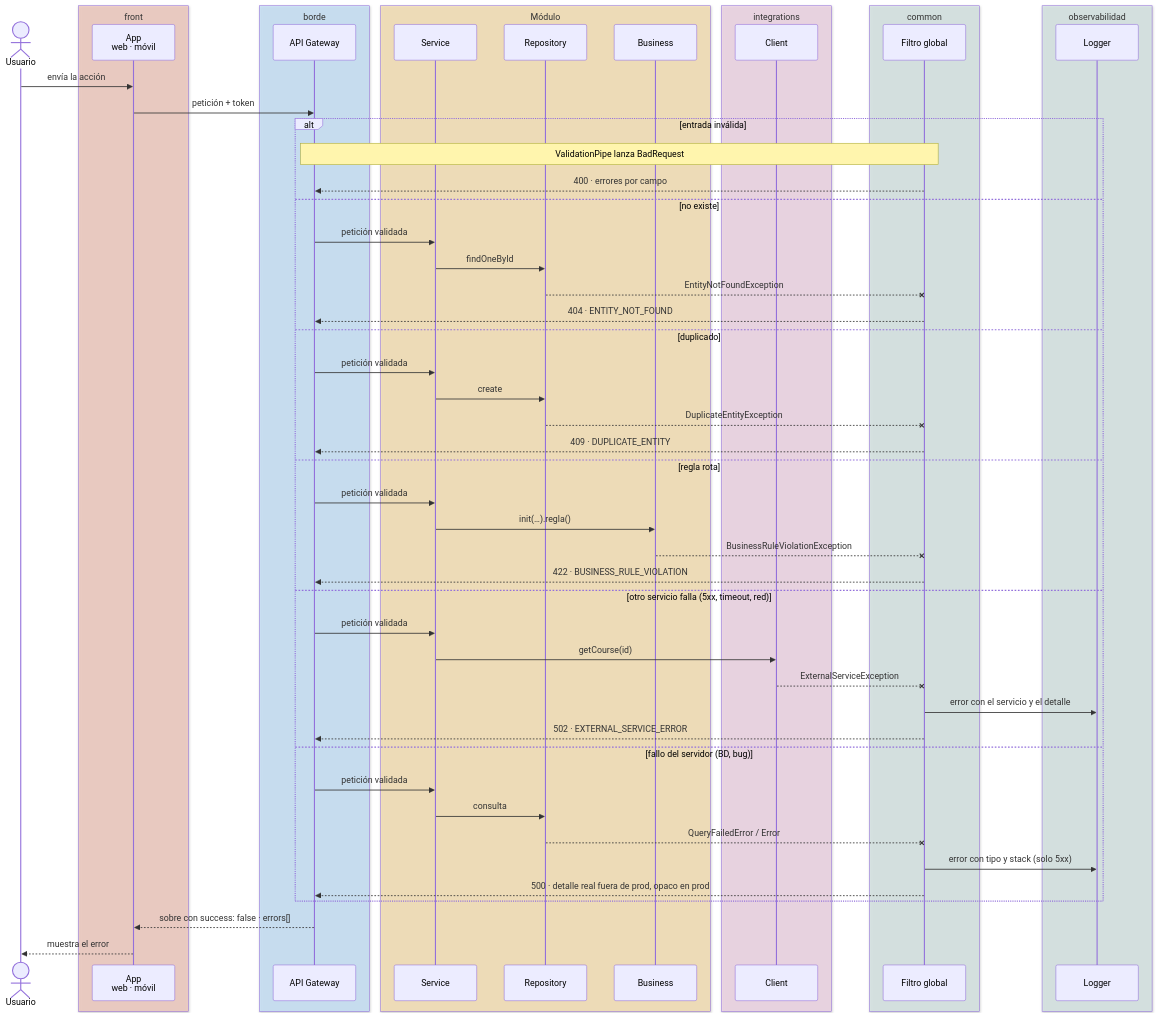
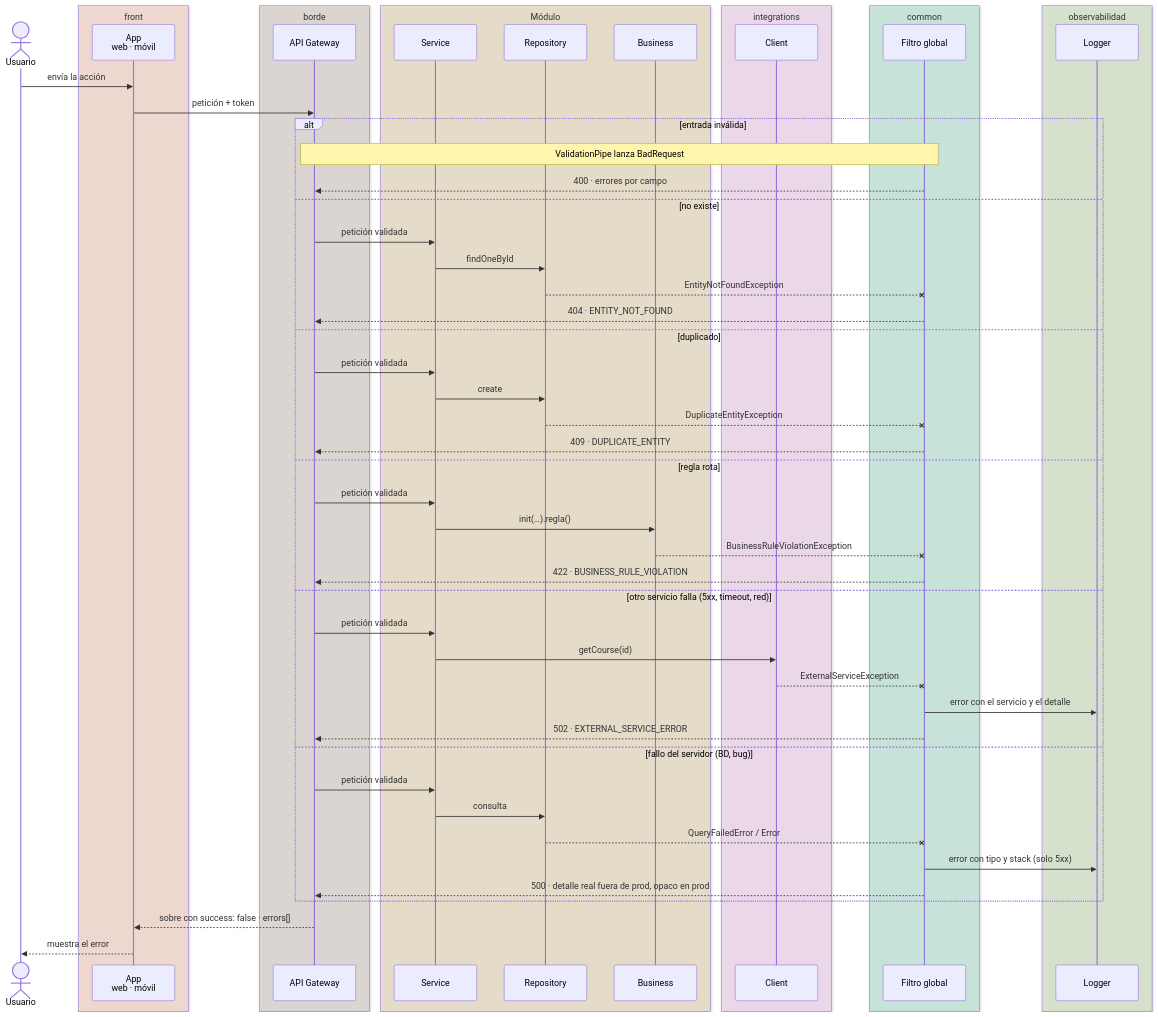
One commit to pcarroza91/nest-template changed the ninth of 15 diagrams in docs/architecture/modular-microservice.md. Above: the diagram before and after it, drawn with Mermaid. The commit also changed other lines of this file and 2 other files, not shown here.

First line of the commit message:
docs(architecture): colores por capa y componente en los diagramas Mermaid

````diff
--- a/docs/architecture/modular-microservice.md
+++ b/docs/architecture/modular-microservice.md
@@ -562,60 +588,60 @@
 ```mermaid
 sequenceDiagram
     actor U as Usuario
-    box rgba(246,193,178,0.6) front
+    box rgba(255,217,203,0.6) front
         participant FE as App<br/>web · móvil
     end
-    box rgba(188,225,255,0.6) borde
+    box rgba(222,214,206,0.6) borde
         participant GW as API Gateway
     end
-    box rgba(253,224,163,0.6) Módulo
+    box rgba(239,226,192,0.6) Módulo
         participant S as Service
         participant R as Repository
         participant B as Business
     end
-    box rgba(244,208,230,0.6) integrations
+    box rgba(249,217,244,0.6) integrations
         participant O as Client
     end
-    box rgba(210,231,228,0.6) common
+    box rgba(190,236,221,0.6) common
         participant F as Filtro global
     end
-    box rgba(210,231,228,0.6) observabilidad
+    box rgba(213,232,200,0.6) observabilidad
         participant L as Logger
     end
 
     U->>FE: envía la acción
     FE->>GW: petición + token
     alt entrada inválida
         Note over GW,F: ValidationPipe lanza BadRequest
         F-->>GW: 400 · errores por campo
     else no existe
         GW->>S: petición validada
         S->>R: findOneById
         R--xF: EntityNotFoundException
         F-->>GW: 404 · ENTITY_NOT_FOUND
     else duplicado
         GW->>S: petición validada
         S->>R: create
         R--xF: DuplicateEntityException
         F-->>GW: 409 · DUPLICATE_ENTITY
     else regla rota
         GW->>S: petición validada
         S->>B: init(…).regla()
         B--xF: BusinessRuleViolationException
         F-->>GW: 422 · BUSINESS_RULE_VIOLATION
     else otro servicio falla (5xx, timeout, red)
         GW->>S: petición validada
         S->>O: getCourse(id)
         O--xF: ExternalServiceException
         F->>L: error con el servicio y el detalle
         F-->>GW: 502 · EXTERNAL_SERVICE_ERROR
     else fallo del servidor (BD, bug)
         GW->>S: petición validada
         S->>R: consulta
         R--xF: QueryFailedError / Error
         F->>L: error con tipo y stack (solo 5xx)
         F-->>GW: 500 · detalle real fuera de prod, opaco en prod
     end
     GW-->>FE: sobre con success: false · errors[]
     FE-->>U: muestra el error
 ```
````
